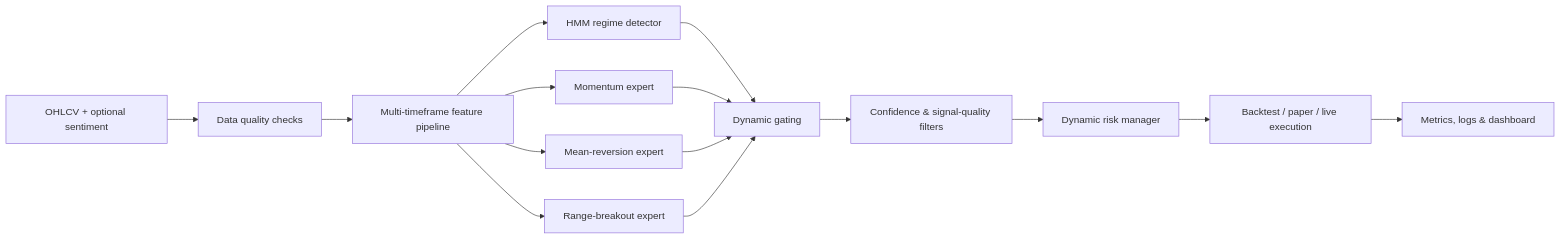
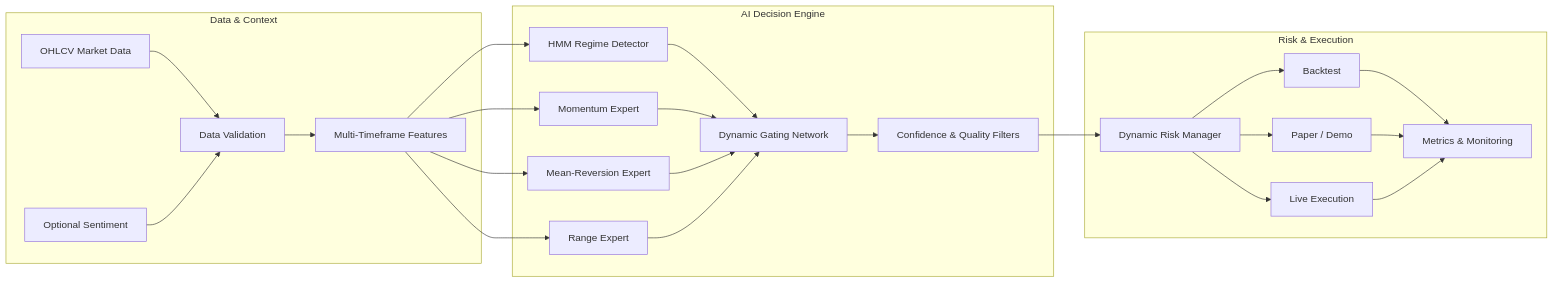
The diagram in README.md (pl1201/regime-aware-ai-trading), drawn with Mermaid before and after one commit. The commit also changed other lines of this file, not shown here.

````diff
--- a/README.md
+++ b/README.md
@@ -35,17 +65,45 @@
 ```mermaid
 flowchart LR
-    A[OHLCV + optional sentiment] --> B[Data quality checks]
-    B --> C[Multi-timeframe feature pipeline]
-    C --> D[HMM regime detector]
-    C --> E1[Momentum expert]
-    C --> E2[Mean-reversion expert]
-    C --> E3[Range-breakout expert]
-    D --> G[Dynamic gating]
-    E1 --> G
-    E2 --> G
-    E3 --> G
-    G --> Q[Confidence & signal-quality filters]
-    Q --> R[Dynamic risk manager]
-    R --> X[Backtest / paper / live execution]
-    X --> M[Metrics, logs & dashboard]
+    subgraph Data["Data & Context"]
+        A[OHLCV Market Data]
+        S[Optional Sentiment]
+        V[Data Validation]
+        F[Multi-Timeframe Features]
+        A --> V
+        S --> V
+        V --> F
+    end
+
+    subgraph Intelligence["AI Decision Engine"]
+        H[HMM Regime Detector]
+        E1[Momentum Expert]
+        E2[Mean-Reversion Expert]
+        E3[Range Expert]
+        G[Dynamic Gating Network]
+        Q[Confidence & Quality Filters]
+        F --> H
+        F --> E1
+        F --> E2
+        F --> E3
+        H --> G
+        E1 --> G
+        E2 --> G
+        E3 --> G
+        G --> Q
+    end
+
+    subgraph Execution["Risk & Execution"]
+        R[Dynamic Risk Manager]
+        B[Backtest]
+        P[Paper / Demo]
+        L[Live Execution]
+        M[Metrics & Monitoring]
+        Q --> R
+        R --> B
+        R --> P
+        R --> L
+        B --> M
+        P --> M
+        L --> M
+    end
 ```
````
